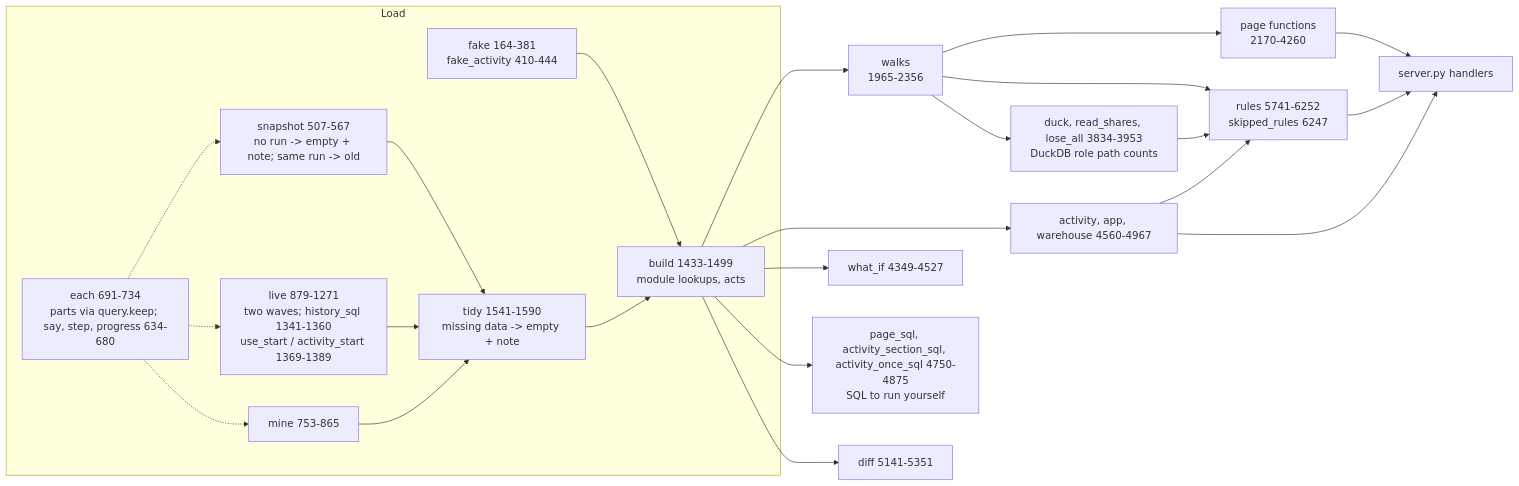
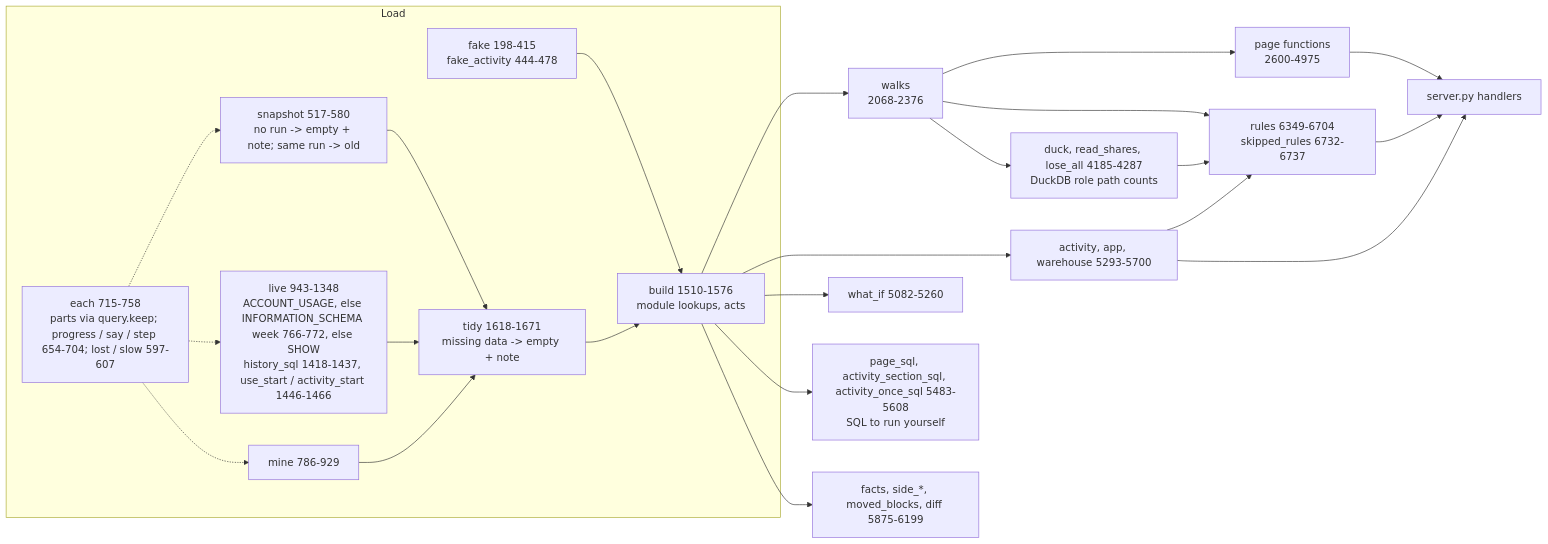
One commit to darshanmeel/snowflake-access-explorer changed the first of 2 diagrams in snowflake-access-explorer-knowledge-graph/modules/access.md. Above: the diagram before and after it, drawn with Mermaid. The commit also changed other lines of this file and 86 other files, not shown here.

First line of the commit message:
Knowledge graph up to a71221c: paged pages, lazy graph boxes, read order, What changed at refresh, load steps

````diff
--- a/snowflake-access-explorer-knowledge-graph/modules/access.md
+++ b/snowflake-access-explorer-knowledge-graph/modules/access.md
@@ -6,23 +6,23 @@
 ```mermaid
 flowchart LR
   subgraph Load
-    F[fake 164-381<br/>fake_activity 410-444] --> B
-    SN[snapshot 507-567<br/>no run -> empty + note; same run -> old] --> T
-    LV[live 879-1271<br/>two waves; history_sql 1341-1360<br/>use_start / activity_start 1369-1389] --> T
-    MI[mine 753-865] --> T
-    EA[each 691-734<br/>parts via query.keep; say, step, progress 634-680] -.-> SN & LV & MI
-    T[tidy 1541-1590<br/>missing data -> empty + note] --> B
+    F[fake 198-415<br/>fake_activity 444-478] --> B
+    SN[snapshot 517-580<br/>no run -> empty + note; same run -> old] --> T
+    LV[live 943-1348<br/>ACCOUNT_USAGE, else INFORMATION_SCHEMA week 766-772, else SHOW<br/>history_sql 1418-1437, use_start / activity_start 1446-1466] --> T
+    MI[mine 786-929] --> T
+    EA[each 715-758<br/>parts via query.keep; progress / say / step 654-704; lost / slow 597-607] -.-> SN & LV & MI
+    T[tidy 1618-1671<br/>missing data -> empty + note] --> B
   end
-  B[build 1433-1499<br/>module lookups, acts] --> W[walks<br/>1965-2356]
-  W --> P[page functions<br/>2170-4260]
-  W --> R[rules 5741-6252<br/>skipped_rules 6247]
-  W --> DK[duck, read_shares, lose_all 3834-3953<br/>DuckDB role path counts] --> R
-  B --> AC[activity, app, warehouse 4560-4967]
+  B[build 1510-1576<br/>module lookups, acts] --> W[walks<br/>2068-2376]
+  W --> P[page functions<br/>2600-4975]
+  W --> R[rules 6349-6704<br/>skipped_rules 6732-6737]
+  W --> DK[duck, read_shares, lose_all 4185-4287<br/>DuckDB role path counts] --> R
+  B --> AC[activity, app, warehouse 5293-5700]
   AC --> R
-  B --> WI[what_if 4349-4527]
-  B --> PS[page_sql, activity_section_sql, activity_once_sql 4750-4875<br/>SQL to run yourself]
-  B --> DF[diff 5141-5351]
+  B --> WI[what_if 5082-5260]
+  B --> PS[page_sql, activity_section_sql, activity_once_sql 5483-5608<br/>SQL to run yourself]
+  B --> DF[facts, side_*, moved_blocks, diff 5875-6199]
   P --> S[server.py handlers]
   AC --> S
   R --> S
 ```
````
